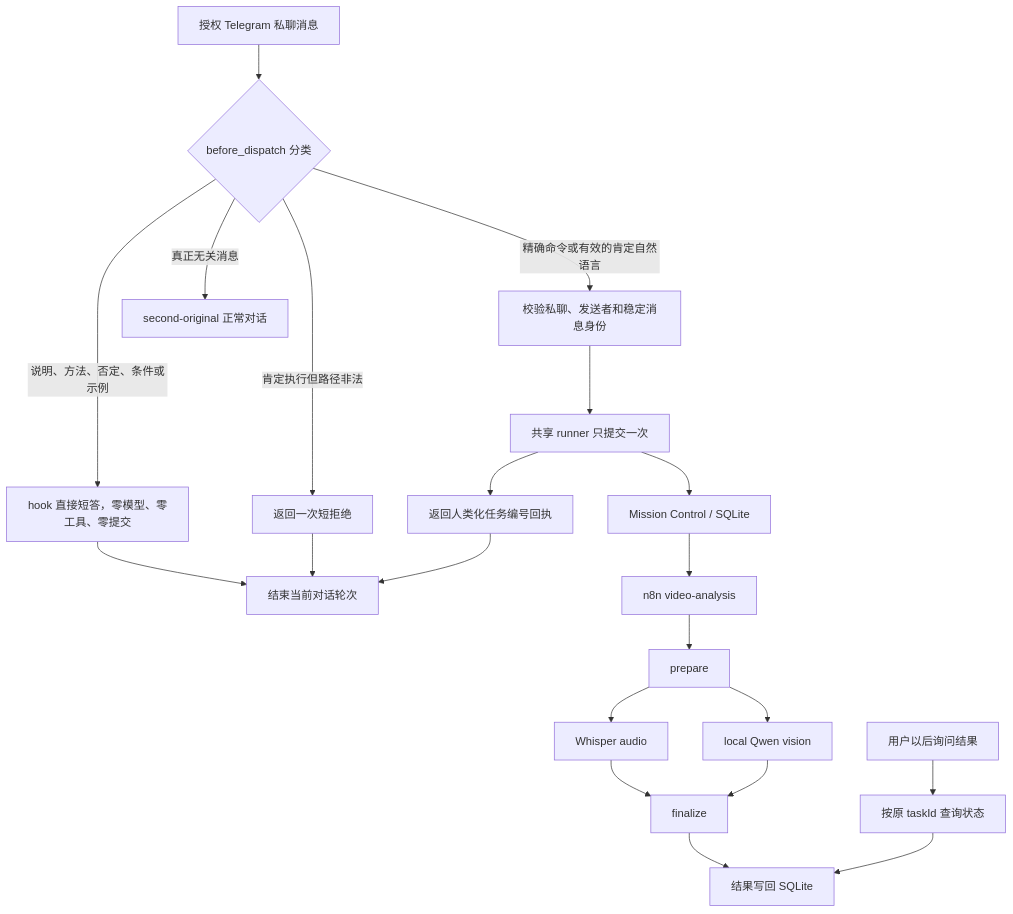
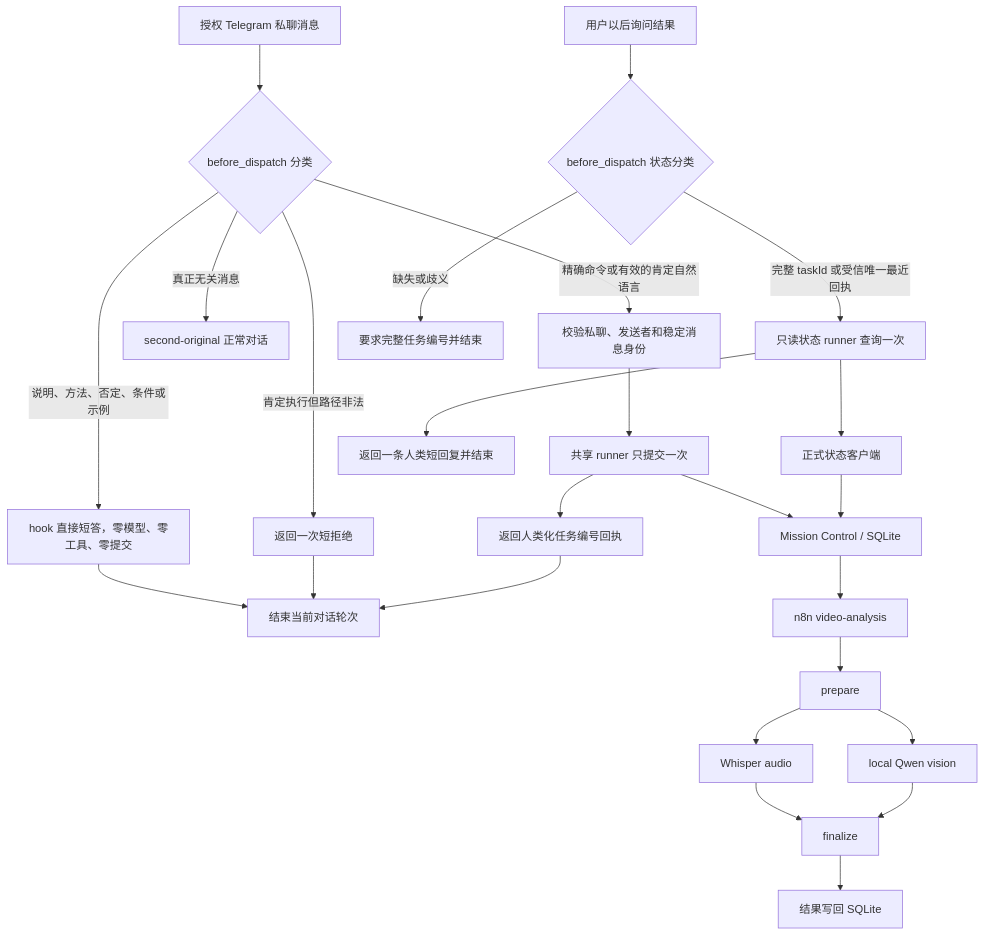
Before and after one commit to MAKingljx/video-autoworker: the diagram in docs/architecture/openclaw-video-analysis-flow.md, drawn with Mermaid. The commit also changed other lines of this file and 36 other files, not shown here.

````diff
--- a/docs/architecture/openclaw-video-analysis-flow.md
+++ b/docs/architecture/openclaw-video-analysis-flow.md
@@ -16,23 +16,27 @@
 ```mermaid
 flowchart TD
   U["授权 Telegram 私聊消息"] --> D{"before_dispatch 分类"}
   D -->|"精确命令或有效的肯定自然语言"| I["校验私聊、发送者和稳定消息身份"]
   D -->|"说明、方法、否定、条件或示例"| H["hook 直接短答，零模型、零工具、零提交"]
   D -->|"真正无关消息"| Q["second-original 正常对话"]
   D -->|"肯定执行但路径非法"| R["返回一次短拒绝"]
   H --> B
   R --> B
   I --> S["共享 runner 只提交一次"]
   S --> A["返回人类化任务编号回执"]
   A --> B["结束当前对话轮次"]
   S --> M["Mission Control / SQLite"]
   M --> N["n8n video-analysis"]
   N --> P["prepare"]
   P --> W["Whisper audio"]
   P --> V["local Qwen vision"]
   W --> F["finalize"]
   V --> F
   F --> DB["结果写回 SQLite"]
-  L["用户以后询问结果"] --> T["按原 taskId 查询状态"]
-  T --> DB
+  L["用户以后询问结果"] --> SD{"before_dispatch 状态分类"}
+  SD -->|"完整 taskId 或受信唯一最近回执"| T["只读状态 runner 查询一次"]
+  SD -->|"缺失或歧义"| ASK["要求完整任务编号并结束"]
+  T --> C["正式状态客户端"]
+  C --> M
+  T --> SR["返回一条人类短回复并结束"]
 ```
````
